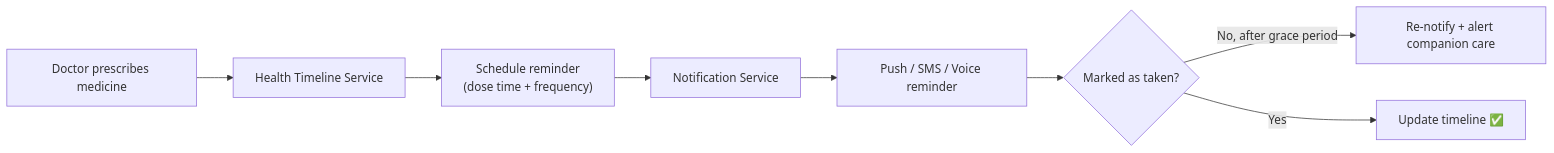
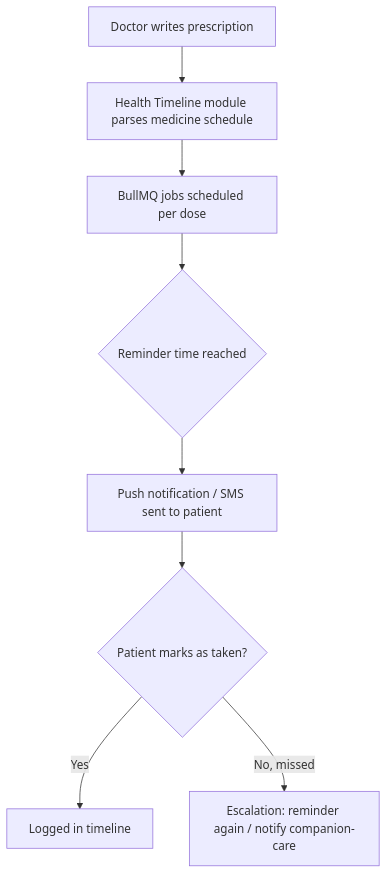
The ninth of 12 diagrams in Vision.md (DevSars24/Swasth-Darshan), drawn with Mermaid before and after one commit. The commit also changed other lines of this file, not shown here.

````diff
--- a/Vision.md
+++ b/Vision.md
@@ -289,10 +299,10 @@
 ```mermaid
-flowchart LR
-    A["Doctor prescribes medicine"] --> B["Health Timeline Service"]
-    B --> C["Schedule reminder<br/>(dose time + frequency)"]
-    C --> D["Notification Service"]
-    D --> E["Push / SMS / Voice reminder"]
-    E --> F{"Marked as taken?"}
-    F -->|No, after grace period| G["Re-notify + alert companion care"]
-    F -->|Yes| H["Update timeline ✅"]
+flowchart TD
+    A[Doctor writes prescription] --> B[Health Timeline module parses medicine schedule]
+    B --> C[BullMQ jobs scheduled per dose]
+    C --> D{Reminder time reached}
+    D --> E[Push notification / SMS sent to patient]
+    E --> F{Patient marks as taken?}
+    F -->|Yes| G[Logged in timeline]
+    F -->|No, missed| H[Escalation: reminder again / notify companion-care]
 ```
````
